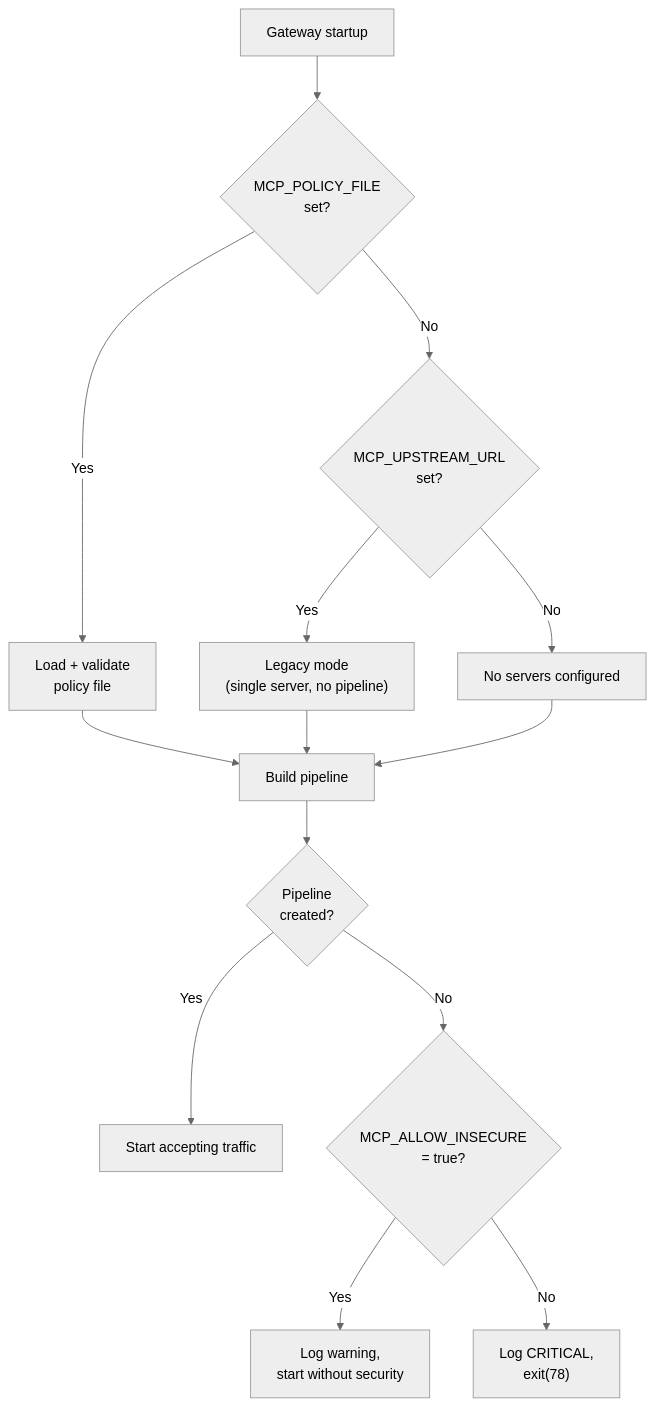
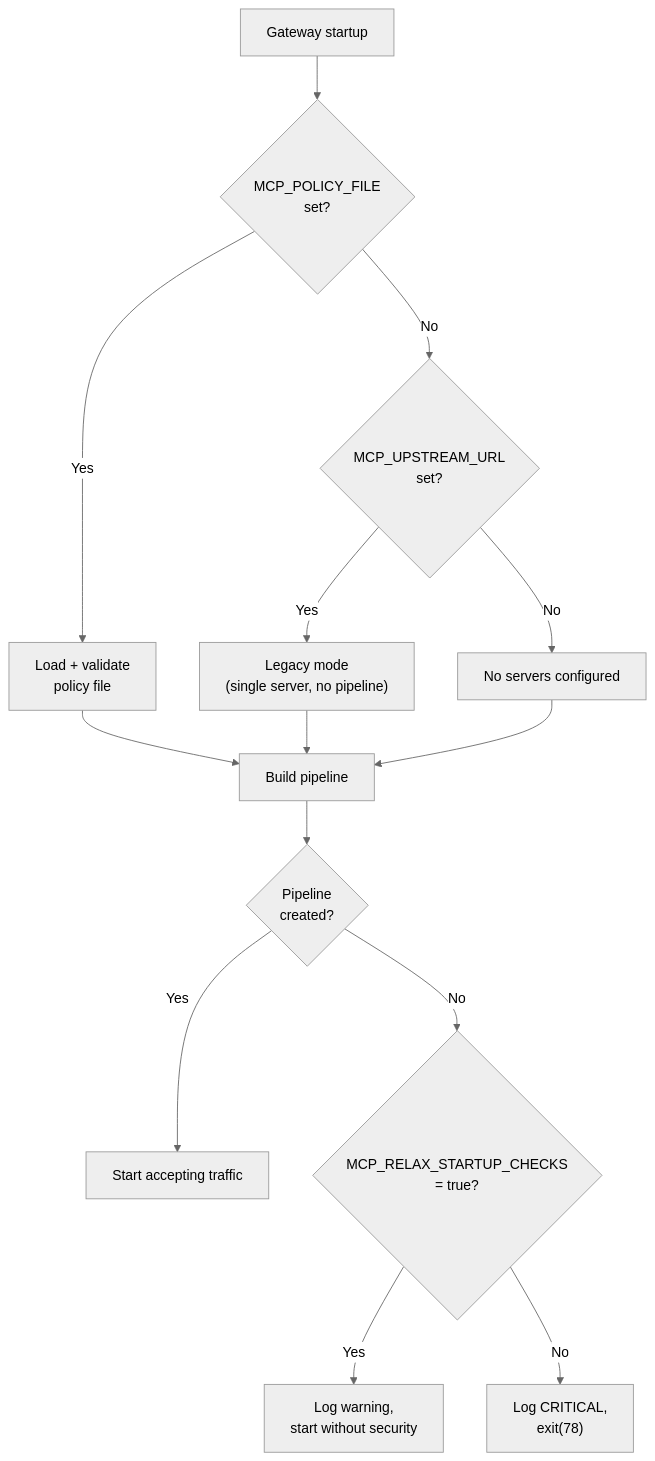
Before and after one commit to abwaters/mcp-zero: the fifth of 5 diagrams in docs/configuration-architecture.md, drawn with Mermaid (neutral theme). The commit also changed other lines of this file and 5 other files, not shown here.

````diff
--- a/docs/configuration-architecture.md
+++ b/docs/configuration-architecture.md
@@ -418,18 +430,18 @@
 ```mermaid
 flowchart TD
     START["Gateway startup"] --> CHECK_POLICY{"MCP_POLICY_FILE<br/>set?"}
     CHECK_POLICY -->|Yes| LOAD["Load + validate<br/>policy file"]
     CHECK_POLICY -->|No| CHECK_UPSTREAM{"MCP_UPSTREAM_URL<br/>set?"}
     CHECK_UPSTREAM -->|Yes| LEGACY["Legacy mode<br/>(single server, no pipeline)"]
     CHECK_UPSTREAM -->|No| NO_SERVERS["No servers configured"]
 
     LOAD --> BUILD["Build pipeline"]
     LEGACY --> BUILD
     NO_SERVERS --> BUILD
 
     BUILD --> PIPELINE_EXISTS{"Pipeline<br/>created?"}
     PIPELINE_EXISTS -->|Yes| RUN["Start accepting traffic"]
-    PIPELINE_EXISTS -->|No| INSECURE{"MCP_ALLOW_INSECURE<br/>= true?"}
+    PIPELINE_EXISTS -->|No| INSECURE{"MCP_RELAX_STARTUP_CHECKS<br/>= true?"}
     INSECURE -->|Yes| WARN["Log warning,<br/>start without security"]
     INSECURE -->|No| REFUSE["Log CRITICAL,<br/>exit(78)"]
 ```
````
